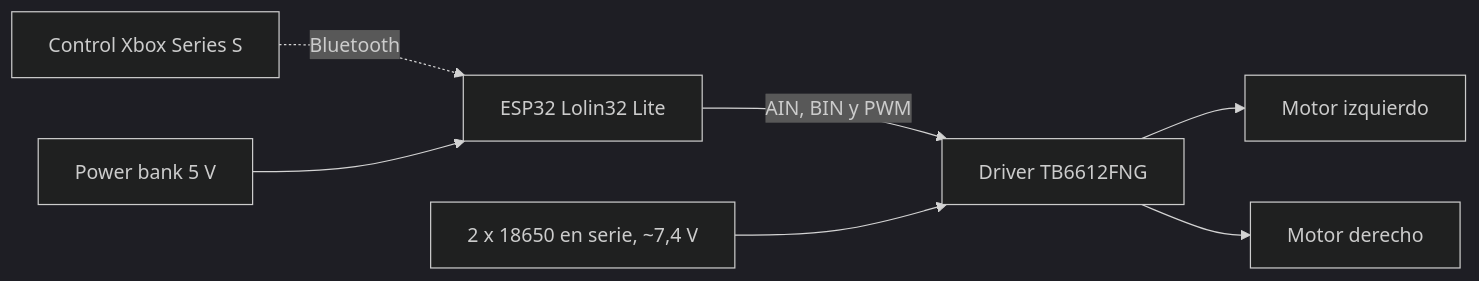
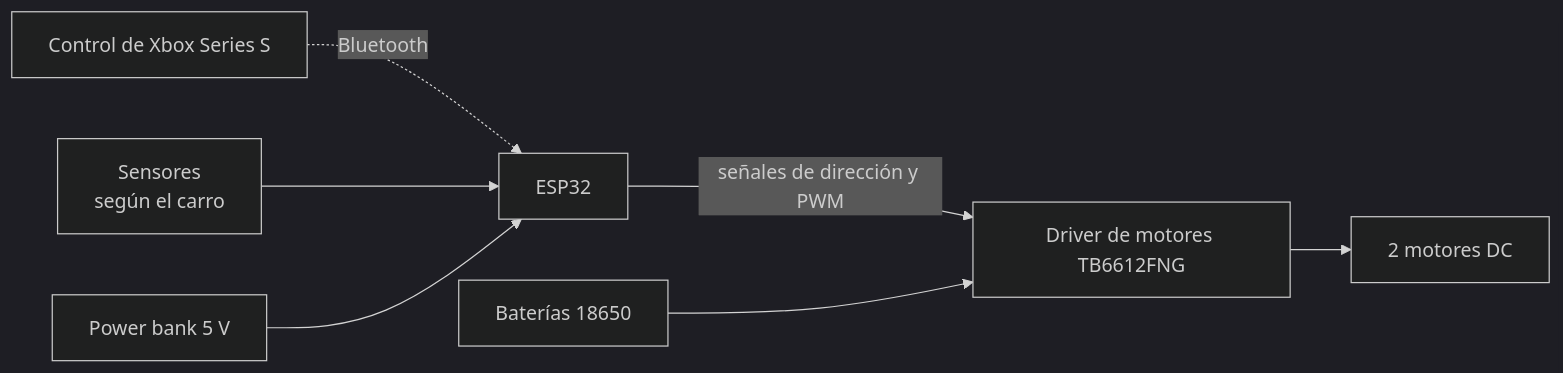
Before and after one commit to ignacioojeda/PROYECTO_FINAL_ANALOGA2_CARRITO: the diagram in README.md, drawn with Mermaid (dark theme). The commit also changed other lines of this file, not shown here.

````diff
--- a/README.md
+++ b/README.md
@@ -16,9 +42,9 @@
 ```mermaid
 flowchart LR
-    X[Control Xbox Series S] -. Bluetooth .-> E[ESP32 Lolin32 Lite]
-    E -->|AIN, BIN y PWM| D[Driver TB6612FNG]
-    D --> M1[Motor izquierdo]
-    D --> M2[Motor derecho]
-    B[2 x 18650 en serie, ~7,4 V] --> D
+    X[Control de Xbox Series S] -. Bluetooth .-> E[ESP32]
+    S[Sensores<br/>según el carro] --> E
+    E -->|señales de dirección y PWM| D[Driver de motores TB6612FNG]
+    D --> M[2 motores DC]
+    B[Baterías 18650] --> D
     P[Power bank 5 V] --> E
 ```
````
